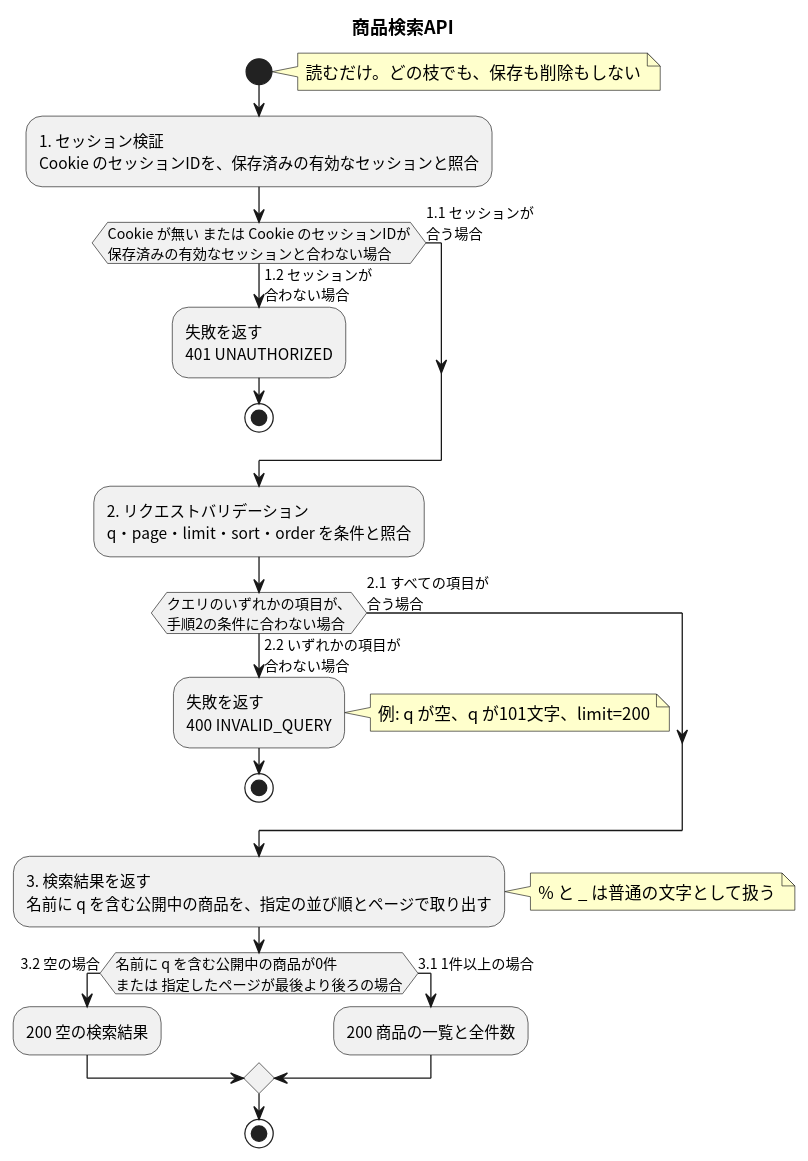
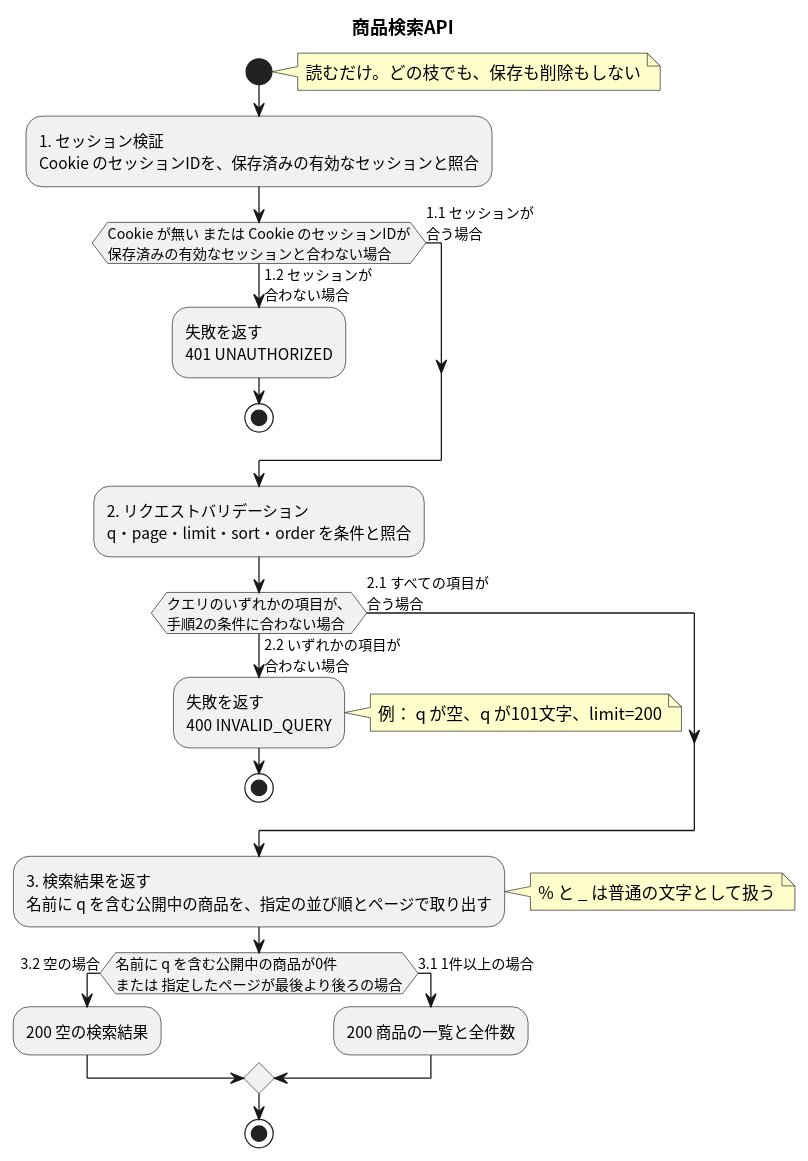
The diagram in apis/search-products/flow.puml (masamasamasato/design-doc-template), drawn with PlantUML before and after one commit. The commit also changed 41 other files, not shown here.

```diff
--- a/apis/search-products/flow.puml
+++ b/apis/search-products/flow.puml
@@ -3,32 +3,32 @@
 @startuml
 skinparam shadowing false
 skinparam defaultFontName "Noto Sans CJK JP"
 skinparam ActivityFontName "Noto Sans CJK JP"
 skinparam NoteBackgroundColor #FFFFCC
 
 title 商品検索API
 
 start
 note right: 読むだけ。どの枝でも、保存も削除もしない
 :1. セッション検証\nCookie のセッションIDを、保存済みの有効なセッションと照合;
 if (Cookie が無い または Cookie のセッションIDが\n保存済みの有効なセッションと合わない場合) then (1.2 セッションが\n合わない場合)
   :失敗を返す\n401 UNAUTHORIZED;
   stop
 else (1.1 セッションが\n合う場合)
 endif
 :2. リクエストバリデーション\nq・page・limit・sort・order を条件と照合;
 if (クエリのいずれかの項目が、\n手順2の条件に合わない場合) then (2.2 いずれかの項目が\n合わない場合)
   :失敗を返す\n400 INVALID_QUERY;
-  note right: 例: q が空、q が101文字、limit=200
+  note right: 例： q が空、q が101文字、limit=200
   stop
 else (2.1 すべての項目が\n合う場合)
 endif
 :3. 検索結果を返す\n名前に q を含む公開中の商品を、指定の並び順とページで取り出す;
 note right: % と _ は普通の文字として扱う
 if (名前に q を含む公開中の商品が0件\nまたは 指定したページが最後より後ろの場合) then (3.2 空の場合)
   :200 空の検索結果;
 else (3.1 1件以上の場合)
   :200 商品の一覧と全件数;
 endif
 stop
 @enduml
```
